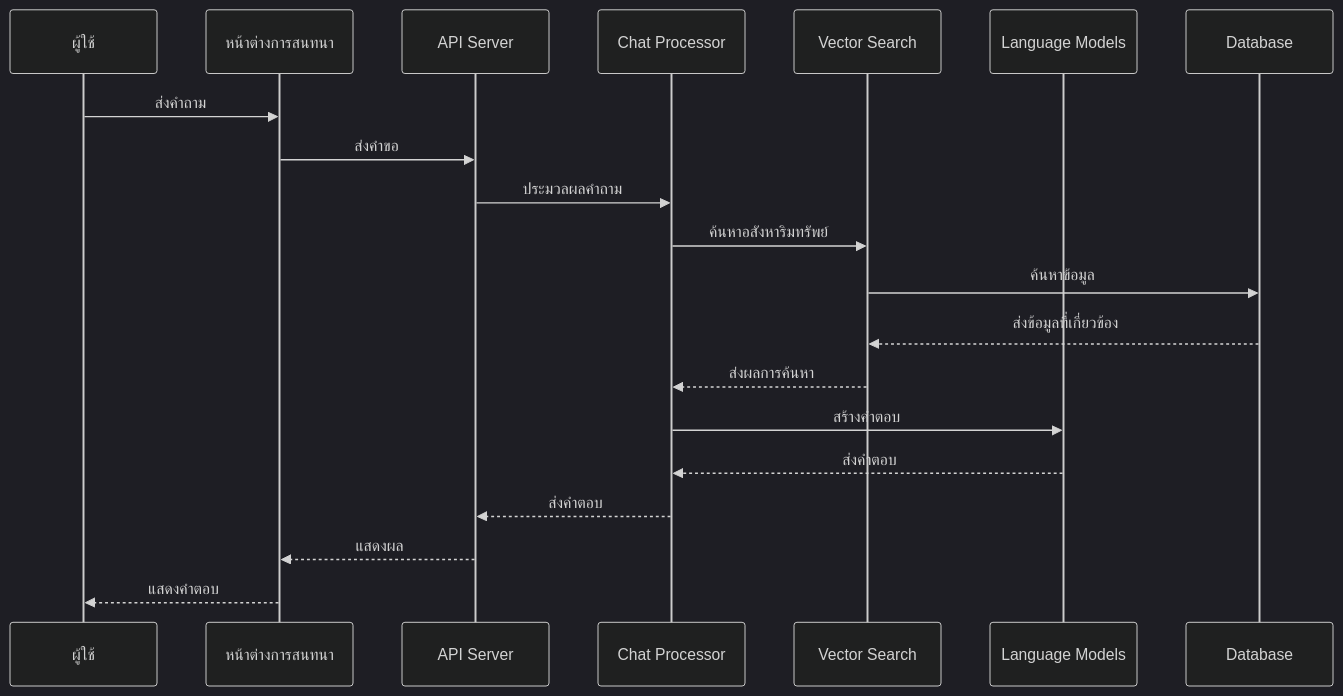
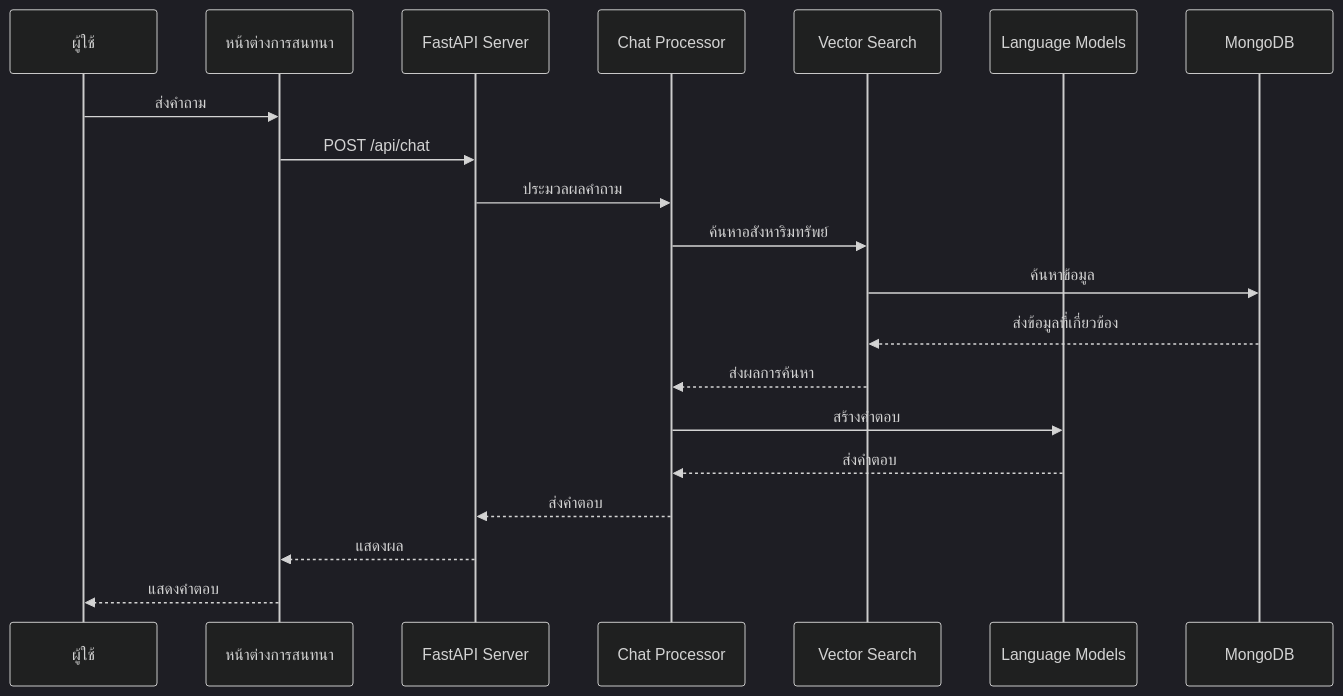
One commit to Phattarapong26/PowerAiChat_LLM changed the second of 20 diagrams in docs/diagrams.md. Above: the diagram before and after it, drawn with Mermaid (dark theme). The commit also changed other lines of this file, not shown here.

````diff
--- a/docs/diagrams.md
+++ b/docs/diagrams.md
@@ -36,23 +45,23 @@
 ```mermaid
 sequenceDiagram
     participant User as ผู้ใช้
     participant UI as หน้าต่างการสนทนา
-    participant API as API Server
+    participant API as FastAPI Server
     participant Chat as Chat Processor
     participant Vector as Vector Search
     participant Lang as Language Models
-    participant DB as Database
+    participant DB as MongoDB
 
     User->>UI: ส่งคำถาม
-    UI->>API: ส่งคำขอ
+    UI->>API: POST /api/chat
     API->>Chat: ประมวลผลคำถาม
     Chat->>Vector: ค้นหาอสังหาริมทรัพย์
     Vector->>DB: ค้นหาข้อมูล
     DB-->>Vector: ส่งข้อมูลที่เกี่ยวข้อง
     Vector-->>Chat: ส่งผลการค้นหา
     Chat->>Lang: สร้างคำตอบ
     Lang-->>Chat: ส่งคำตอบ
     Chat-->>API: ส่งคำตอบ
     API-->>UI: แสดงผล
     UI-->>User: แสดงคำตอบ
 ```
````
